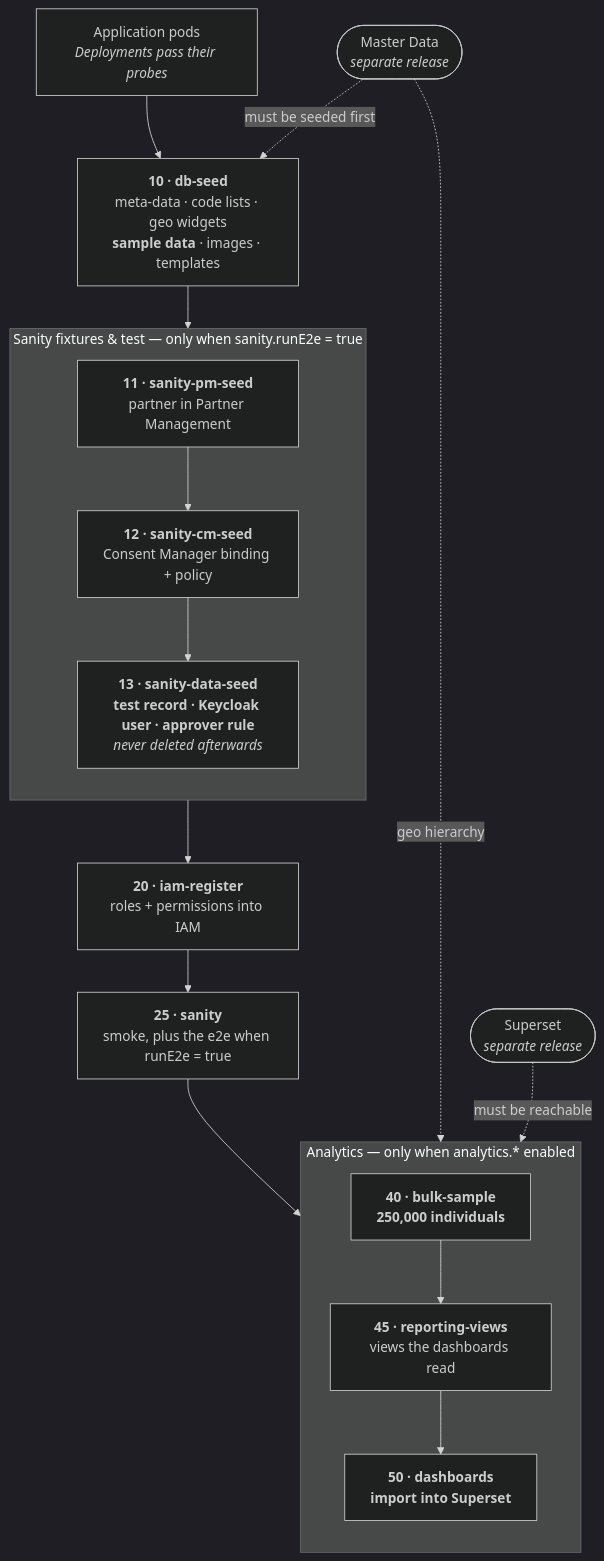
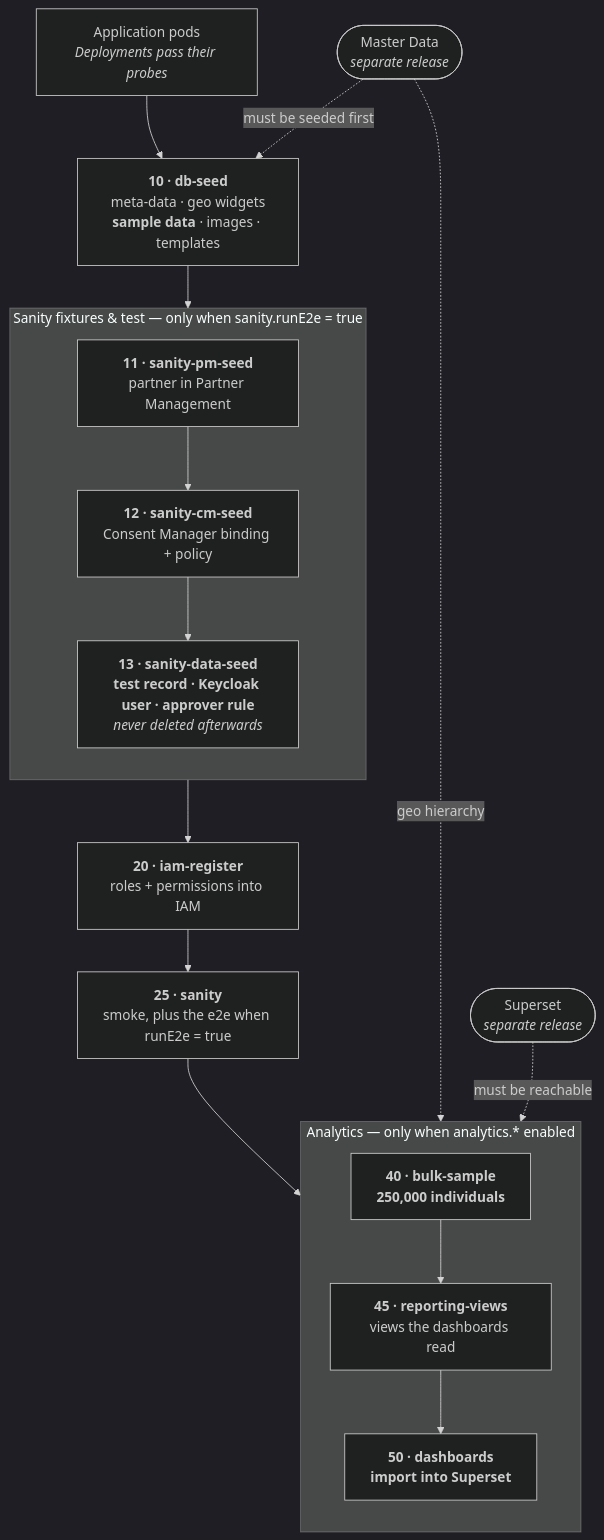
One commit to OpenG2P/openg2p-documentation changed the diagram in products/registry/national-social-registry/deployment/data-seeding.md. Above: the diagram before and after it, drawn with Mermaid (dark theme). The commit also changed other lines of this file and 19 other files, not shown here.

````diff
--- a/products/registry/national-social-registry/deployment/data-seeding.md
+++ b/products/registry/national-social-registry/deployment/data-seeding.md
@@ -208,29 +211,29 @@
 ```mermaid
 flowchart TD
     A["Application pods<br/><i>Deployments pass their probes</i>"] --> B
 
-    B["<b>10 · db-seed</b><br/>meta-data · code lists · geo widgets<br/><b>sample data</b> · images · templates"] --> C
+    B["<b>10 · db-seed</b><br/>meta-data · geo widgets<br/><b>sample data</b> · images · templates"] --> C
 
     subgraph S ["Sanity fixtures &amp; test — only when sanity.runE2e = true"]
         direction TB
         C["<b>11 · sanity-pm-seed</b><br/>partner in Partner Management"] --> D
         D["<b>12 · sanity-cm-seed</b><br/>Consent Manager binding + policy"] --> E
         E["<b>13 · sanity-data-seed</b><br/><b>test record · Keycloak user · approver rule</b><br/><i>never deleted afterwards</i>"]
     end
 
     E --> F["<b>20 · iam-register</b><br/>roles + permissions into IAM"]
     F --> G["<b>25 · sanity</b><br/>smoke, plus the e2e when runE2e = true"]
 
     subgraph AN ["Analytics — only when analytics.* enabled"]
         direction TB
         H["<b>40 · bulk-sample</b><br/><b>250,000 individuals</b>"] --> I
         I["<b>45 · reporting-views</b><br/>views the dashboards read"] --> J
         J["<b>50 · dashboards</b><br/><b>import into Superset</b>"]
     end
 
     G --> H
 
     MD(["Master Data<br/><i>separate release</i>"]) -.->|"must be seeded first"| B
     MD -.->|"geo hierarchy"| H
     SS(["Superset<br/><i>separate release</i>"]) -.->|"must be reachable"| J
 ```
````
